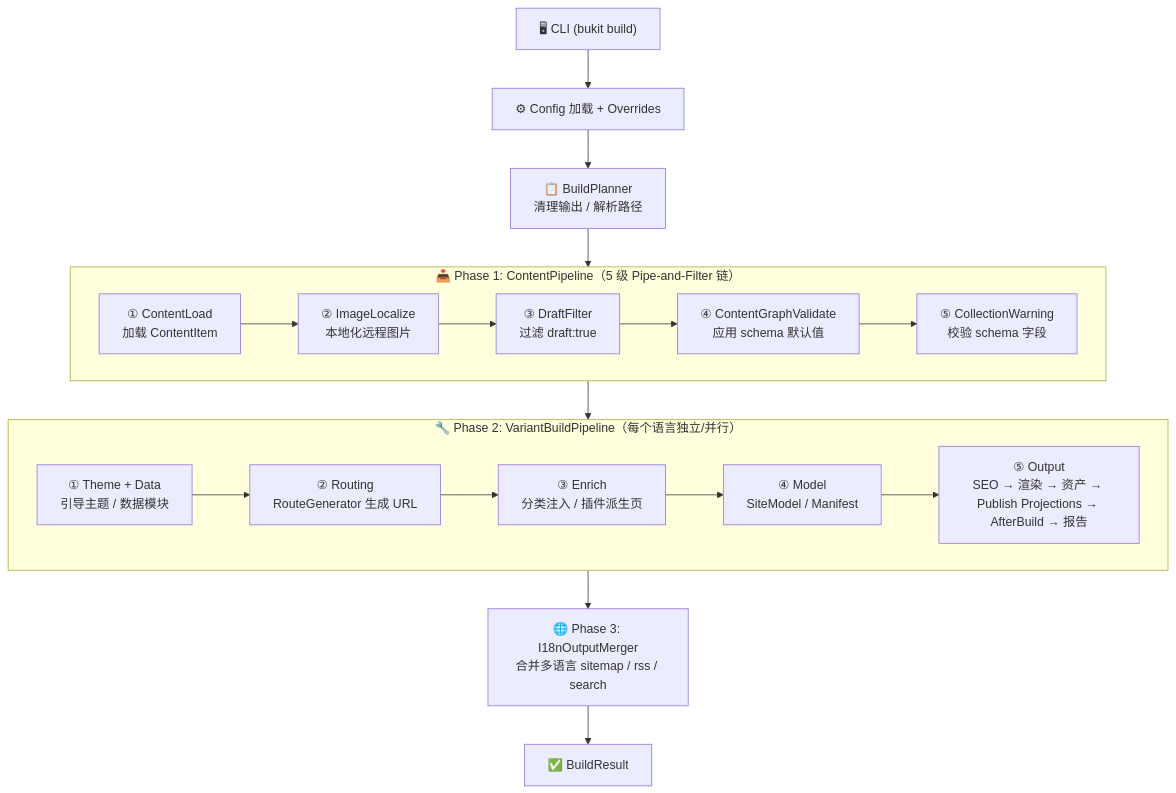
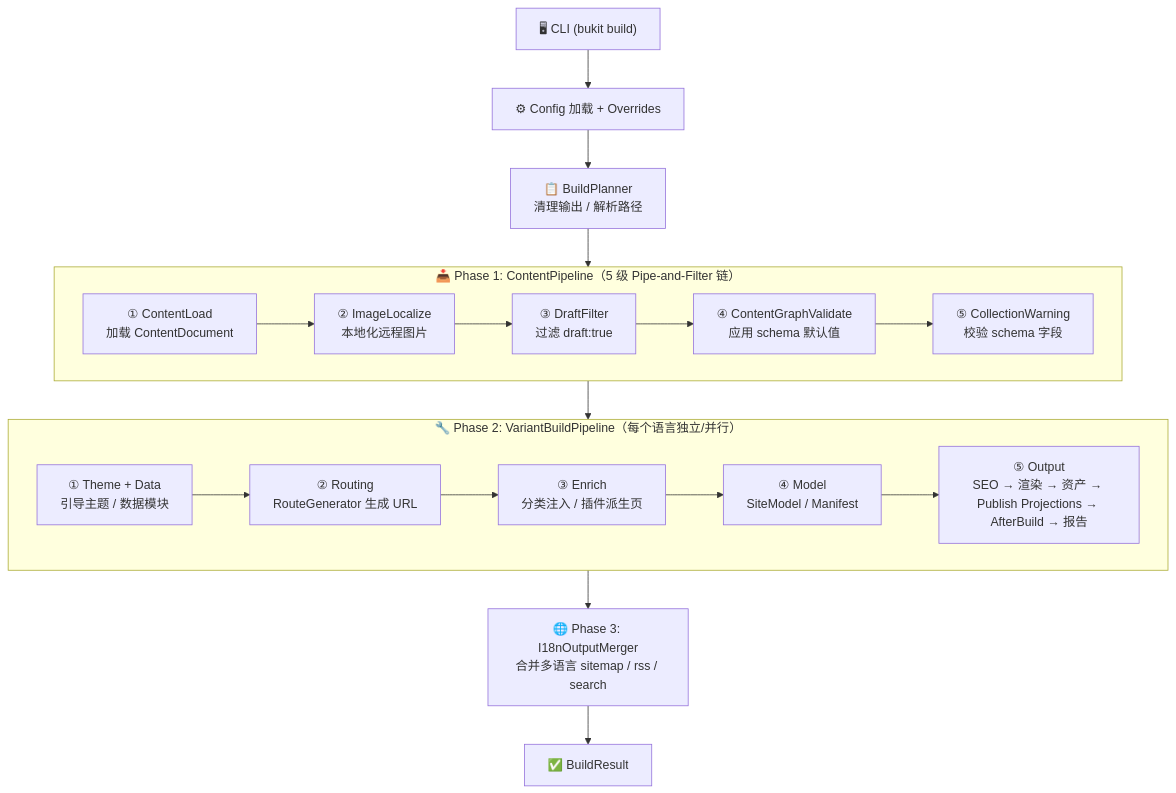
Before and after one commit to ALi365-SDN-BHD/Bukit: the diagram in guide/dev/architecture.zh-CN.md, drawn with Mermaid. The commit also changed other lines of this file and 33 other files, not shown here.

````diff
--- a/guide/dev/architecture.zh-CN.md
+++ b/guide/dev/architecture.zh-CN.md
@@ -7,23 +7,23 @@
 ```mermaid
 flowchart TD
     CLI["🖥 CLI (bukit build)"] --> CFG["⚙ Config 加载 + Overrides"]
     CFG --> P0["📋 BuildPlanner<br/>清理输出 / 解析路径"]
 
     subgraph P1["📥 Phase 1: ContentPipeline（5 级 Pipe-and-Filter 链）"]
         direction LR
-        C1["① ContentLoad<br/>加载 ContentItem"] --> C2["② ImageLocalize<br/>本地化远程图片"] --> C3["③ DraftFilter<br/>过滤 draft:true"] --> C4["④ ContentGraphValidate<br/>应用 schema 默认值"] --> C5["⑤ CollectionWarning<br/>校验 schema 字段"]
+        C1["① ContentLoad<br/>加载 ContentDocument"] --> C2["② ImageLocalize<br/>本地化远程图片"] --> C3["③ DraftFilter<br/>过滤 draft:true"] --> C4["④ ContentGraphValidate<br/>应用 schema 默认值"] --> C5["⑤ CollectionWarning<br/>校验 schema 字段"]
     end
 
     P0 --> C1
 
     subgraph P2["🔧 Phase 2: VariantBuildPipeline（每个语言独立/并行）"]
         direction LR
         G1["① Theme + Data<br/>引导主题 / 数据模块"] --> G2["② Routing<br/>RouteGenerator 生成 URL"] --> G3["③ Enrich<br/>分类注入 / 插件派生页"] --> G4["④ Model<br/>SiteModel / Manifest"] --> G5["⑤ Output<br/>SEO → 渲染 → 资产 → Publish Projections → AfterBuild → 报告"]
     end
 
     C5 --> G1
 
     P3["🌐 Phase 3: I18nOutputMerger<br/>合并多语言 sitemap / rss / search"]
     G5 --> P3
     P3 --> RESULT["✅ BuildResult"]
 ```
````
